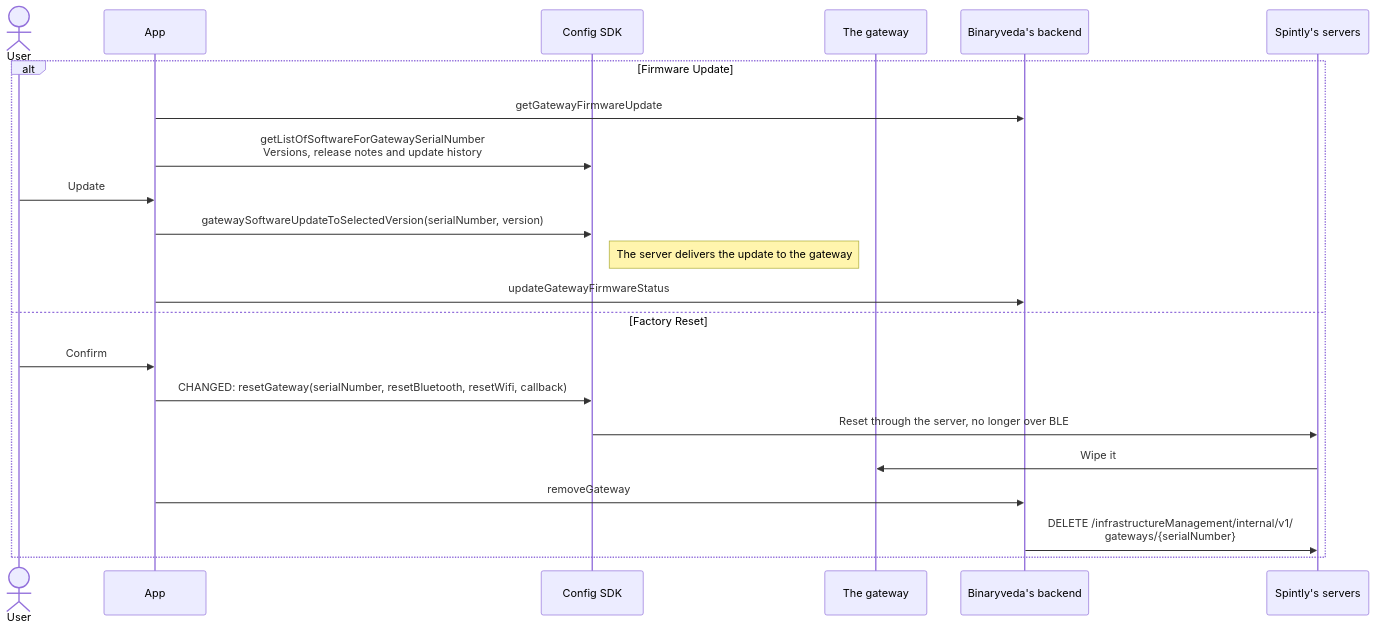
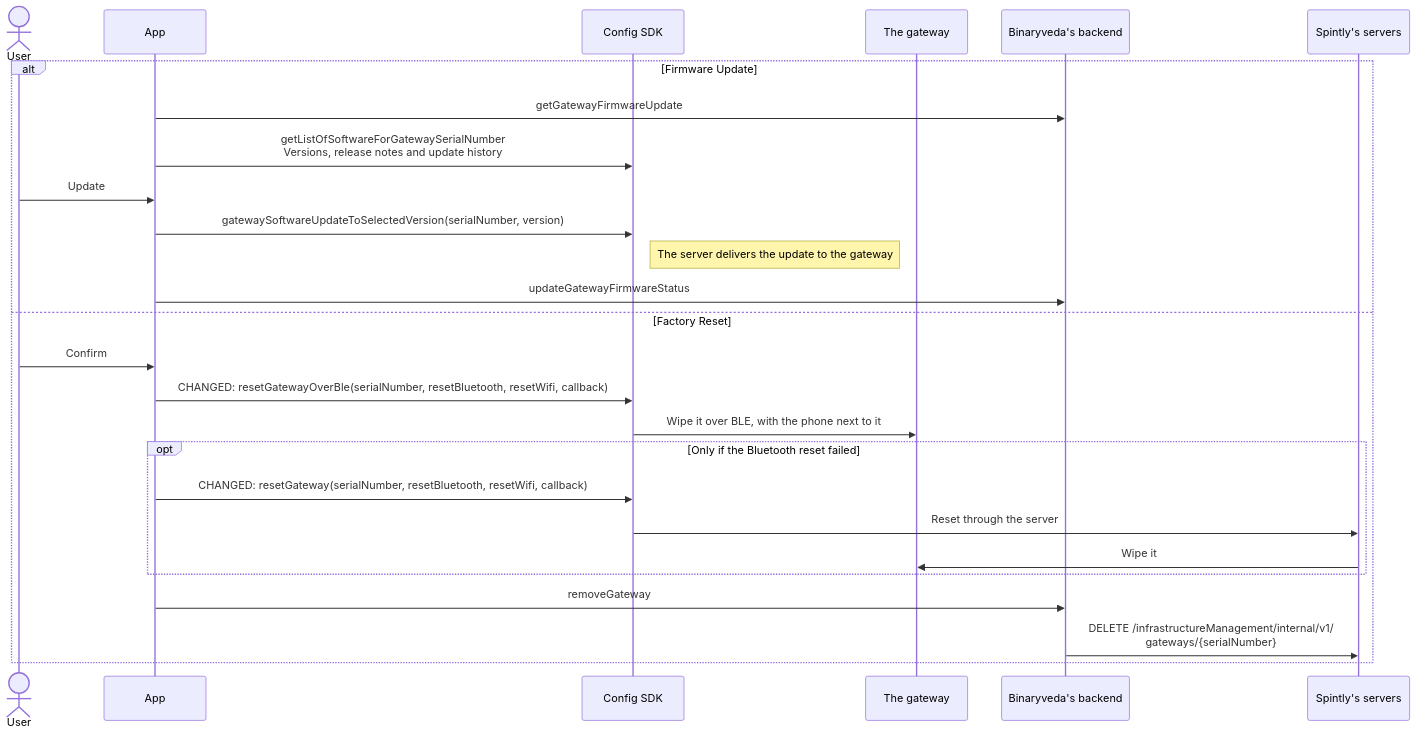
Before and after one commit to spintly-integrations-support/godrej-software-guide: diagram 13 of 13 in docs/lock-settings.md, drawn with Mermaid. The commit also changed other lines of this file and 2 other files, not shown here.

Commit message:
Confirm fingerprint BLE delete, battery status, remote reset, gateway BLE reset

````diff
--- a/docs/lock-settings.md
+++ b/docs/lock-settings.md
@@ -403,25 +414,29 @@
 ```mermaid
 sequenceDiagram
     actor U as User
     participant A as App
     participant C as Config SDK
     participant G as The gateway
     participant B as Binaryveda's backend
     participant S as Spintly's servers
 
     alt Firmware Update
         A->>B: getGatewayFirmwareUpdate
         A->>C: getListOfSoftwareForGatewaySerialNumber<br/>Versions, release notes and update history
         U->>A: Update
         A->>C: gatewaySoftwareUpdateToSelectedVersion(serialNumber, version)
         Note right of C: The server delivers the update to the gateway
         A->>B: updateGatewayFirmwareStatus
     else Factory Reset
         U->>A: Confirm
-        A->>C: CHANGED: resetGateway(serialNumber, resetBluetooth, resetWifi, callback)
-        C->>S: Reset through the server, no longer over BLE
-        S->>G: Wipe it
+        A->>C: CHANGED: resetGatewayOverBle(serialNumber, resetBluetooth, resetWifi, callback)
+        C->>G: Wipe it over BLE, with the phone next to it
+        opt Only if the Bluetooth reset failed
+            A->>C: CHANGED: resetGateway(serialNumber, resetBluetooth, resetWifi, callback)
+            C->>S: Reset through the server
+            S->>G: Wipe it
+        end
         A->>B: removeGateway
         B->>S: DELETE /infrastructureManagement/internal/v1/<br/>gateways/{serialNumber}
     end
 ```
````
